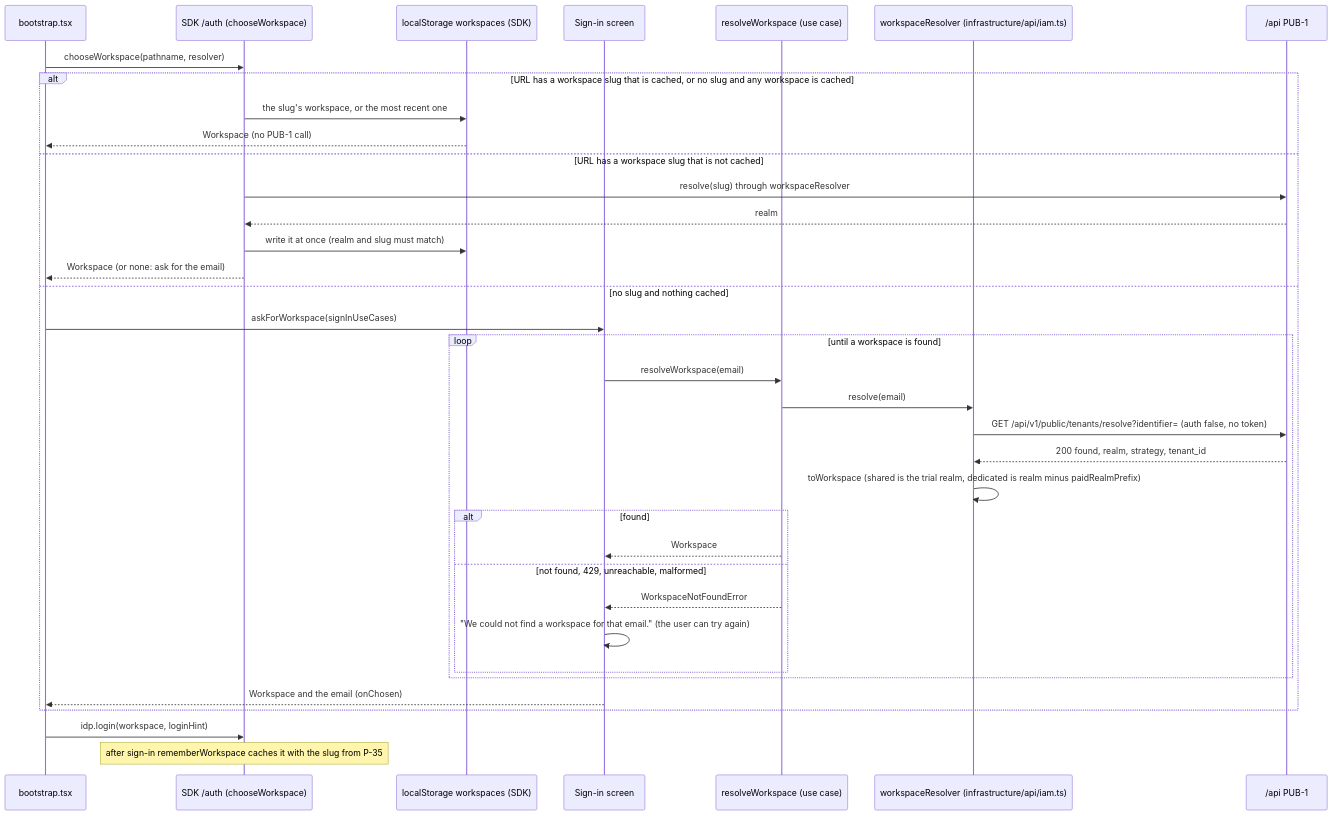
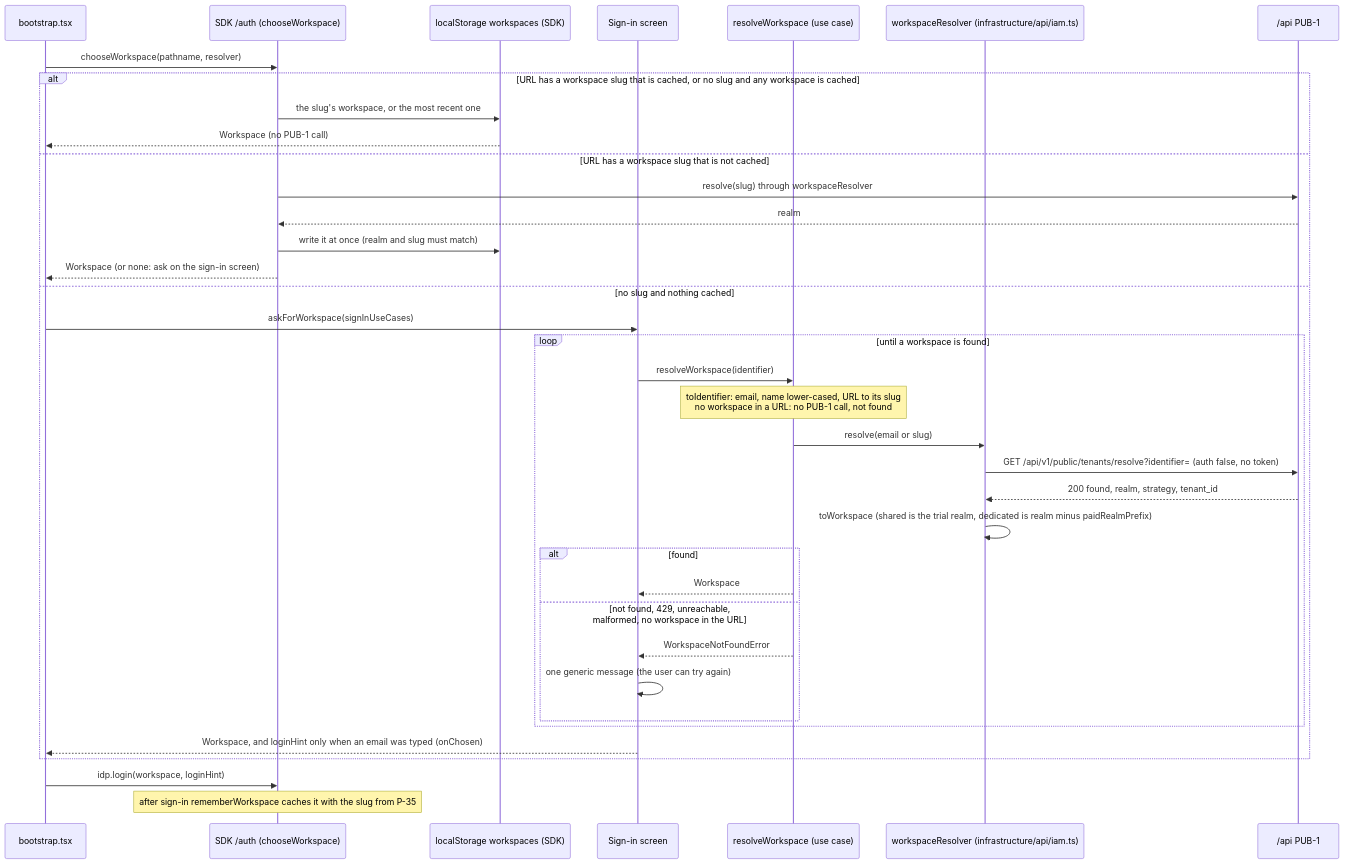
Before and after one commit to BCBP-SOLUTIONS-FZC-LLC/web-shell: the diagram in docs/architecture/mermaid/pub1-resolution-flow.mmd, drawn with Mermaid. The commit also changed 36 other files, not shown here.

First line of the commit message:
Let the sign-in box take a workspace name or URL, and add the IAM screens' UI permissions (#74)

```diff
--- a/docs/architecture/mermaid/pub1-resolution-flow.mmd
+++ b/docs/architecture/mermaid/pub1-resolution-flow.mmd
@@ -1,37 +1,38 @@
 sequenceDiagram
     participant Boot as bootstrap.tsx
     participant SDK as SDK /auth (chooseWorkspace)
     participant Cache as localStorage workspaces (SDK)
     participant Screen as Sign-in screen
     participant UC as resolveWorkspace (use case)
     participant Port as workspaceResolver (infrastructure/api/iam.ts)
     participant PUB as /api PUB-1
 
     Boot->>SDK: chooseWorkspace(pathname, resolver)
     alt URL has a workspace slug that is cached, or no slug and any workspace is cached
         SDK->>Cache: the slug's workspace, or the most recent one
         Cache-->>Boot: Workspace (no PUB-1 call)
     else URL has a workspace slug that is not cached
         SDK->>PUB: resolve(slug) through workspaceResolver
         PUB-->>SDK: realm
         SDK->>Cache: write it at once (realm and slug must match)
-        SDK-->>Boot: Workspace (or none: ask for the email)
+        SDK-->>Boot: Workspace (or none: ask on the sign-in screen)
     else no slug and nothing cached
         Boot->>Screen: askForWorkspace(signInUseCases)
         loop until a workspace is found
-            Screen->>UC: resolveWorkspace(email)
-            UC->>Port: resolve(email)
+            Screen->>UC: resolveWorkspace(identifier)
+            Note over UC: toIdentifier: email, name lower-cased, URL to its slug<br/>no workspace in a URL: no PUB-1 call, not found
+            UC->>Port: resolve(email or slug)
             Port->>PUB: GET /api/v1/public/tenants/resolve?identifier= (auth false, no token)
             PUB-->>Port: 200 found, realm, strategy, tenant_id
             Port->>Port: toWorkspace (shared is the trial realm, dedicated is realm minus paidRealmPrefix)
             alt found
                 UC-->>Screen: Workspace
-            else not found, 429, unreachable, malformed
+            else not found, 429, unreachable, malformed, no workspace in the URL
                 UC-->>Screen: WorkspaceNotFoundError
-                Screen->>Screen: "We could not find a workspace for that email." (the user can try again)
+                Screen->>Screen: one generic message (the user can try again)
             end
         end
-        Screen-->>Boot: Workspace and the email (onChosen)
+        Screen-->>Boot: Workspace, and loginHint only when an email was typed (onChosen)
     end
     Boot->>SDK: idp.login(workspace, loginHint)
     Note over SDK: after sign-in rememberWorkspace caches it with the slug from P-35
```
